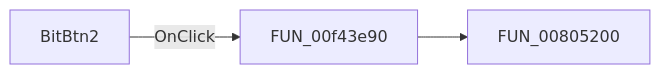
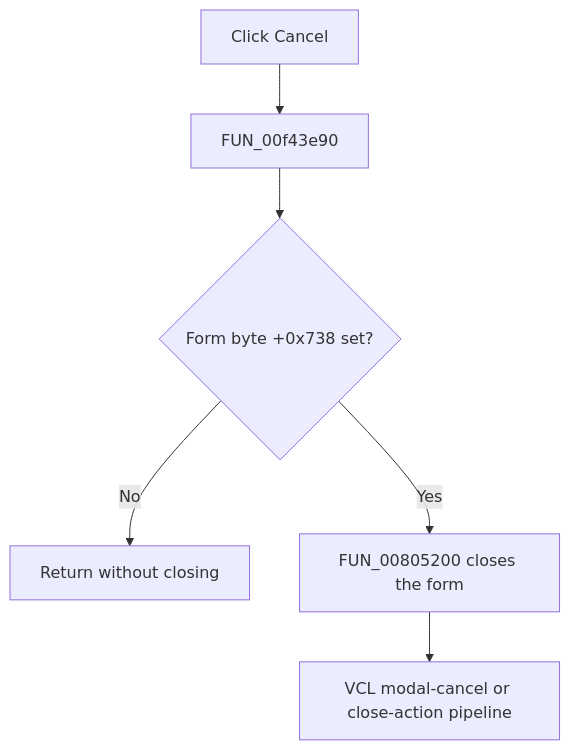
Before and after one commit to MovGP0/TIARA: the diagram in docs/ui-controls/schpropertyeditor/bitbtn2-ea4d1df515.md, drawn with Mermaid. The commit also changed other lines of this file and 1062 other files, not shown here.

````diff
--- a/docs/ui-controls/schpropertyeditor/bitbtn2-ea4d1df515.md
+++ b/docs/ui-controls/schpropertyeditor/bitbtn2-ea4d1df515.md
@@ -27,5 +29,8 @@
 ```mermaid
-flowchart LR
-    control["BitBtn2"] -->|OnClick| handler["FUN_00f43e90"]
-    handler --> call1["FUN_00805200"]
+flowchart TD
+    control["Click Cancel"] --> handler["FUN_00f43e90"]
+    handler --> enabled{"Form byte +0x738 set?"}
+    enabled -->|No| noop["Return without closing"]
+    enabled -->|Yes| close["FUN_00805200 closes the form"]
+    close --> pipeline["VCL modal-cancel or close-action pipeline"]
 ```
````
